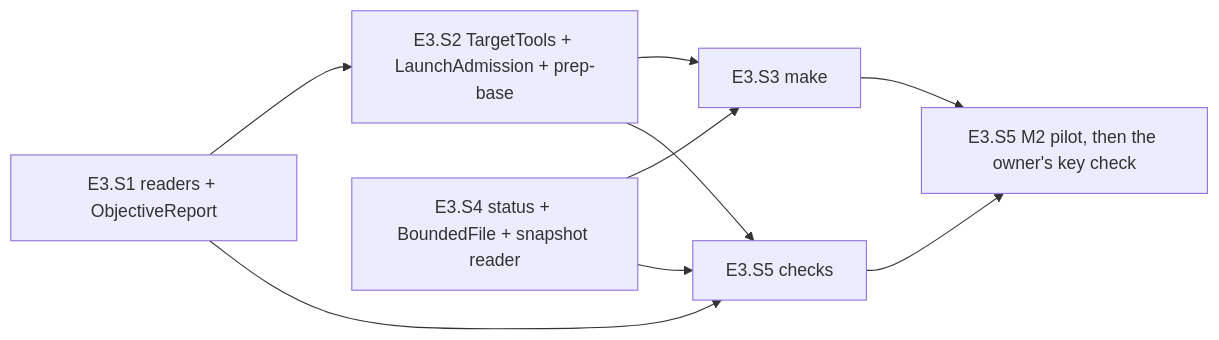
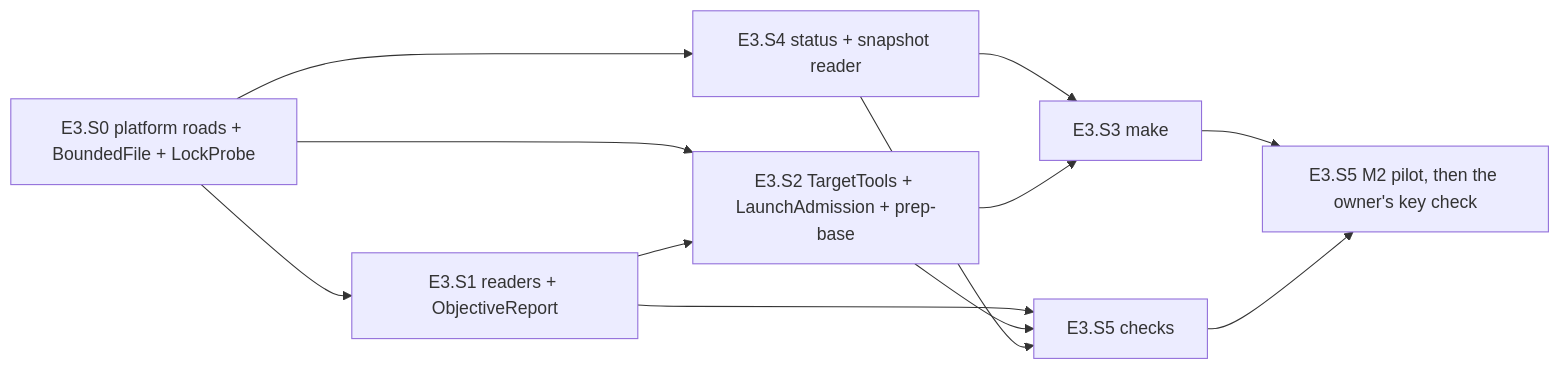
The diagram in todo/PLAN_model_arms_E3.md (oleksandrdubyna88/dew_flow_benchmark), drawn with Mermaid before and after one commit. The commit also changed other lines of this file and 2 other files, not shown here.

````diff
--- a/todo/PLAN_model_arms_E3.md
+++ b/todo/PLAN_model_arms_E3.md
@@ -647,11 +883,14 @@
 ```mermaid
 flowchart LR
+    S0[E3.S0 platform roads + BoundedFile + LockProbe] --> S1
+    S0 --> S4
+    S0 --> S2
     S1[E3.S1 readers + ObjectiveReport] --> S2[E3.S2 TargetTools + LaunchAdmission + prep-base]
-    S4[E3.S4 status + BoundedFile + snapshot reader] --> S3[E3.S3 make]
+    S4[E3.S4 status + snapshot reader] --> S3[E3.S3 make]
     S2 --> S3
     S1 --> S5[E3.S5 checks]
     S2 --> S5
     S4 --> S5
     S3 --> M2[E3.S5 M2 pilot, then the owner's key check]
     S5 --> M2
 ```
````
